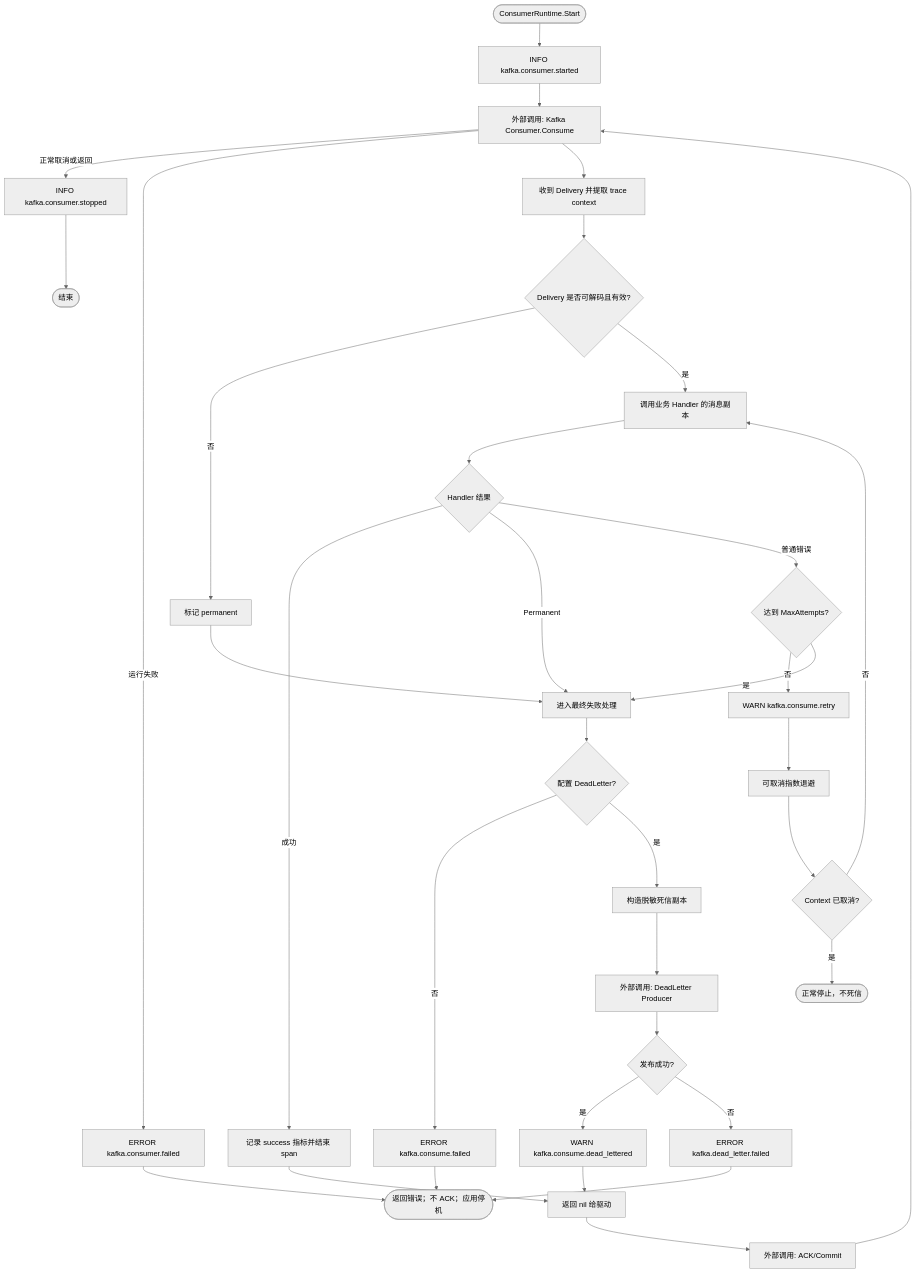
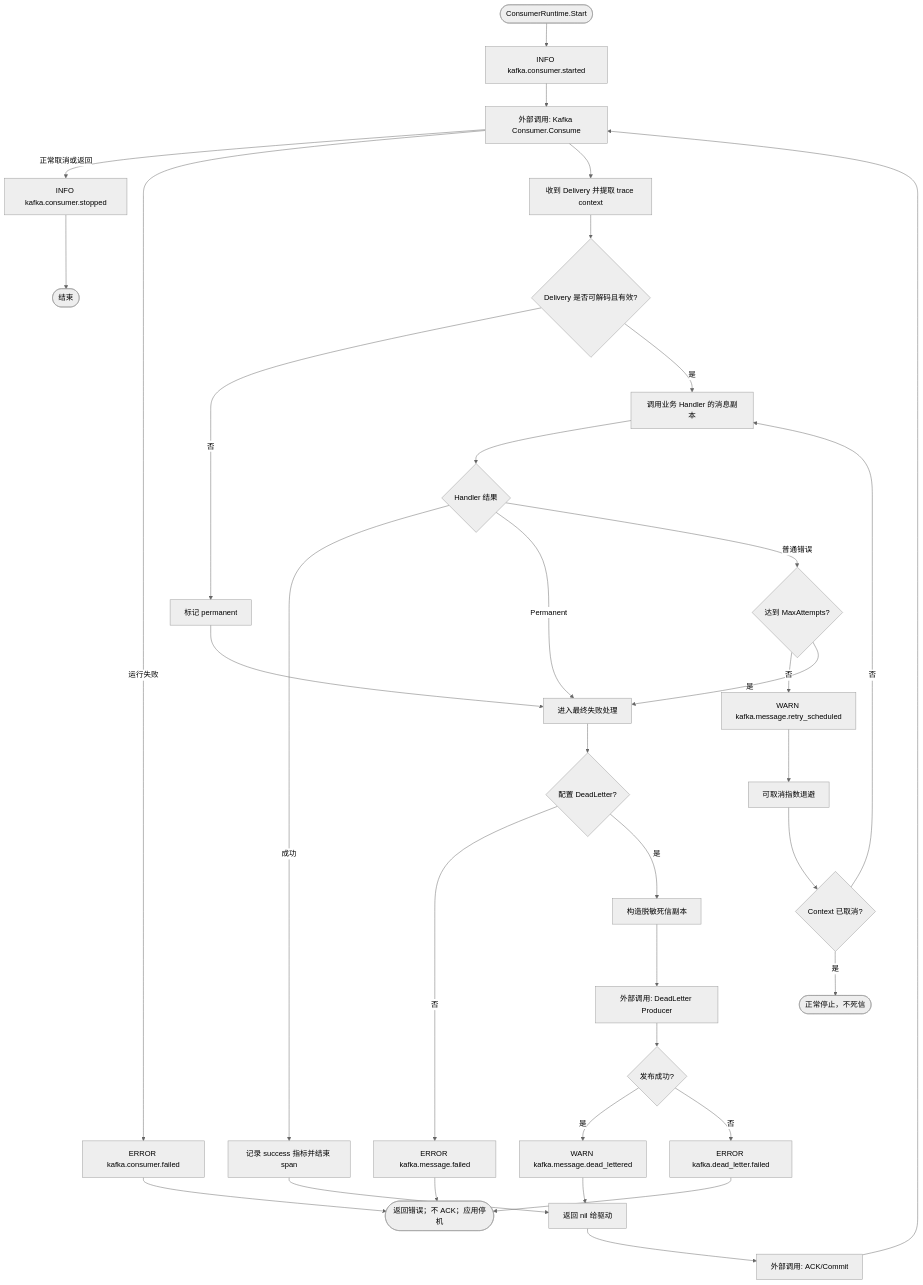
The fourth of 6 diagrams in pkg/kafka/README.md (jaggerzhuang1994/kratos-foundation), drawn with Mermaid (neutral theme) before and after one commit. The commit also changed 56 other files, not shown here.

````diff
--- a/pkg/kafka/README.md
+++ b/pkg/kafka/README.md
@@ -243,37 +243,37 @@
 ```mermaid
 flowchart TD
     A([ConsumerRuntime.Start]) --> B[INFO kafka.consumer.started]
     B --> C[外部调用: Kafka Consumer.Consume]
     C -- 正常取消或返回 --> CS[INFO kafka.consumer.stopped]
     CS --> CE([结束])
     C -- 运行失败 --> CF[ERROR kafka.consumer.failed]
     CF --> T
     C --> D[收到 Delivery 并提取 trace context]
     D --> E{Delivery 是否可解码且有效?}
     E -- 否 --> F[标记 permanent]
     E -- 是 --> G[调用业务 Handler 的消息副本]
     G --> H{Handler 结果}
     H -- 成功 --> I[记录 success 指标并结束 span]
     I --> J[返回 nil 给驱动]
     J --> K[外部调用: ACK/Commit]
     K --> C
     H -- Permanent --> L[进入最终失败处理]
     H -- 普通错误 --> M{达到 MaxAttempts?}
-    M -- 否 --> N[WARN kafka.consume.retry]
+    M -- 否 --> N[WARN kafka.message.retry_scheduled]
     N --> O[可取消指数退避]
     O --> P{Context 已取消?}
     P -- 是 --> Q([正常停止，不死信])
     P -- 否 --> G
     M -- 是 --> L
     F --> L
     L --> R{配置 DeadLetter?}
-    R -- 否 --> S[ERROR kafka.consume.failed]
+    R -- 否 --> S[ERROR kafka.message.failed]
     S --> T([返回错误；不 ACK；应用停机])
     R -- 是 --> U[构造脱敏死信副本]
     U --> V[外部调用: DeadLetter Producer]
     V --> W{发布成功?}
-    W -- 是 --> X[WARN kafka.consume.dead_lettered]
+    W -- 是 --> X[WARN kafka.message.dead_lettered]
     X --> J
     W -- 否 --> Y[ERROR kafka.dead_letter.failed]
     Y --> T
 ```
````
